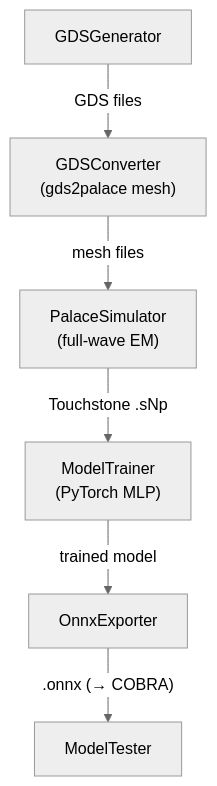
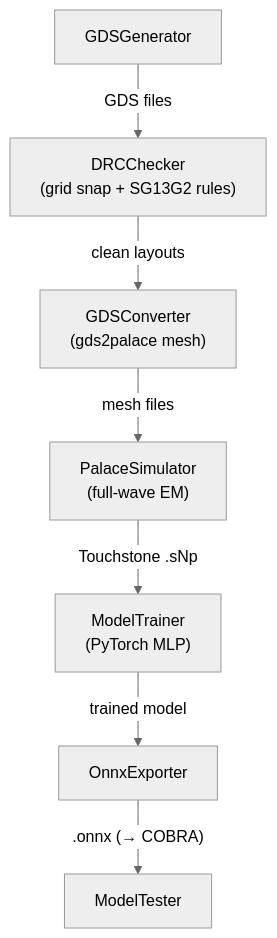
Before and after one commit to DI-PASSIONATE/ORCA: the diagram in docs/pipeline.md, drawn with Mermaid (neutral theme). The commit also changed other lines of this file and 6 other files, not shown here.

````diff
--- a/docs/pipeline.md
+++ b/docs/pipeline.md
@@ -13,8 +14,9 @@
 ```mermaid
 flowchart TB
-    A[GDSGenerator] -- GDS files --> B["GDSConverter<br/>(gds2palace mesh)"]
+    A[GDSGenerator] -- GDS files --> X["DRCChecker<br/>(grid snap + SG13G2 rules)"]
+    X -- clean layouts --> B["GDSConverter<br/>(gds2palace mesh)"]
     B -- mesh files --> C["PalaceSimulator<br/>(full-wave EM)"]
     C -- "Touchstone .sNp" --> D["ModelTrainer<br/>(PyTorch MLP)"]
     D -- trained model --> E[OnnxExporter]
     E -- ".onnx (→ COBRA)" --> F[ModelTester]
 ```
````
